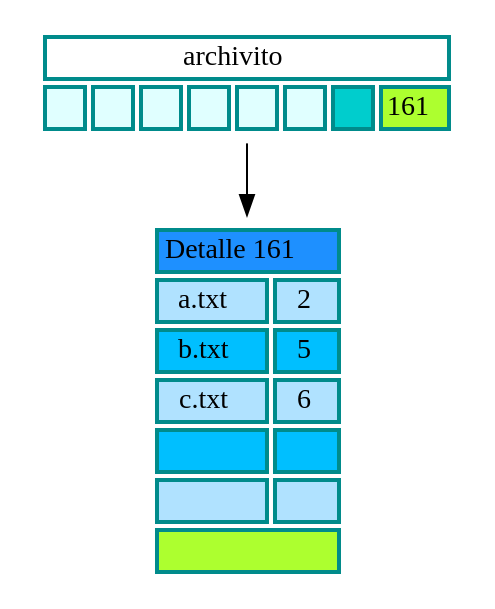
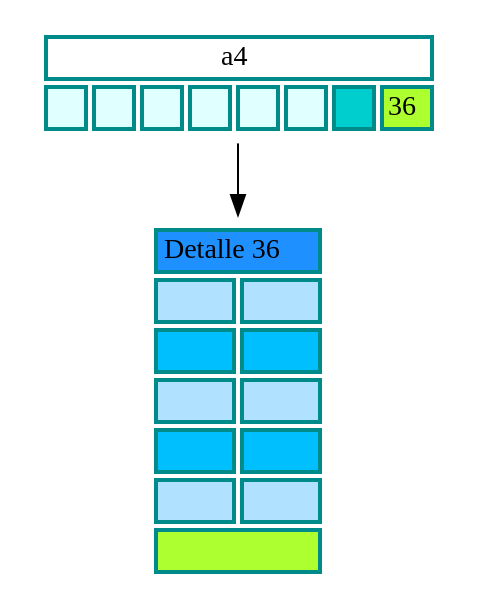
Before and after one commit to Cascarus/Proyecto1_MIA_USAC_Vac_Dic_2019: the diagram in build--MIA-PROYECTO1_201113915-Desktop_Qt_5_12_6_GCC_64bit-Debug/repTREE_DIRECTORIO.dot, drawn with Graphviz. The commit also changed 40 other files, not shown here.

```diff
--- a/build--MIA-PROYECTO1_201113915-Desktop_Qt_5_12_6_GCC_64bit-Debug/repTREE_DIRECTORIO.dot
+++ b/build--MIA-PROYECTO1_201113915-Desktop_Qt_5_12_6_GCC_64bit-Debug/repTREE_DIRECTORIO.dot
@@ -1,47 +1,38 @@
 digraph structs {
 splines = ortho
-    AVD183 [
+    AVD37 [
         shape = none;
         label = <
             <table border="0" cellborder="2" cellspacing="2" color="cyan4">
-                <tr><td colspan="8" bgcolor="white" >archivito</td></tr>
+                <tr><td colspan="8" bgcolor="white" >a4</td></tr>
                 <tr>
                     <td bgcolor = "lightcyan"> &nbsp; </td>
                     <td bgcolor = "lightcyan"> &nbsp; </td>
                     <td bgcolor = "lightcyan"> &nbsp; </td>
                     <td bgcolor = "lightcyan"> &nbsp; </td>
                     <td bgcolor = "lightcyan"> &nbsp; </td>
                     <td bgcolor = "lightcyan"> &nbsp; </td>
                     <td bgcolor = "cyan3"> &nbsp; </td>
-                    <td bgcolor = "greenyellow">161</td>
+                    <td bgcolor = "greenyellow">36</td>
                 </tr>
             </table>
         >
     ];
 
-AVD183->DD161;
-    DD161 [
+AVD37->DD36;
+    DD36 [
         shape = none;
         label = <
             <table border="0" cellborder="2" cellspacing="2" color="cyan4">
-                <tr><td colspan="2" bgcolor="dodgerblue" >Detalle 161</td></tr>
-                <tr>
-                    <td bgcolor="lightskyblue1">a.txt</td>
-                    <td bgcolor="lightskyblue1">2</td>
-                </tr>
-                <tr>
-                    <td bgcolor="deepskyblue">b.txt</td>
-                    <td bgcolor="deepskyblue">5</td>
-                </tr>
-                <tr>
-                    <td bgcolor="lightskyblue1">c.txt</td>
-                    <td bgcolor="lightskyblue1">6</td>
-                </tr>
+                <tr><td colspan="2" bgcolor="dodgerblue" >Detalle 36</td></tr>
+<tr><td bgcolor="lightskyblue1"> </td><td bgcolor="lightskyblue1"> </td></tr>
+<tr><td bgcolor="deepskyblue"> </td><td bgcolor="deepskyblue"> </td></tr>
+<tr><td bgcolor="lightskyblue1"> </td><td bgcolor="lightskyblue1"> </td></tr>
 <tr><td bgcolor="deepskyblue"> </td><td bgcolor="deepskyblue"> </td></tr>
 <tr><td bgcolor="lightskyblue1"> </td><td bgcolor="lightskyblue1"> </td></tr>
 <tr><td colspan="2" bgcolor="greenyellow"> </td></tr>
             </table>
         >
     ];
 
 }
```
